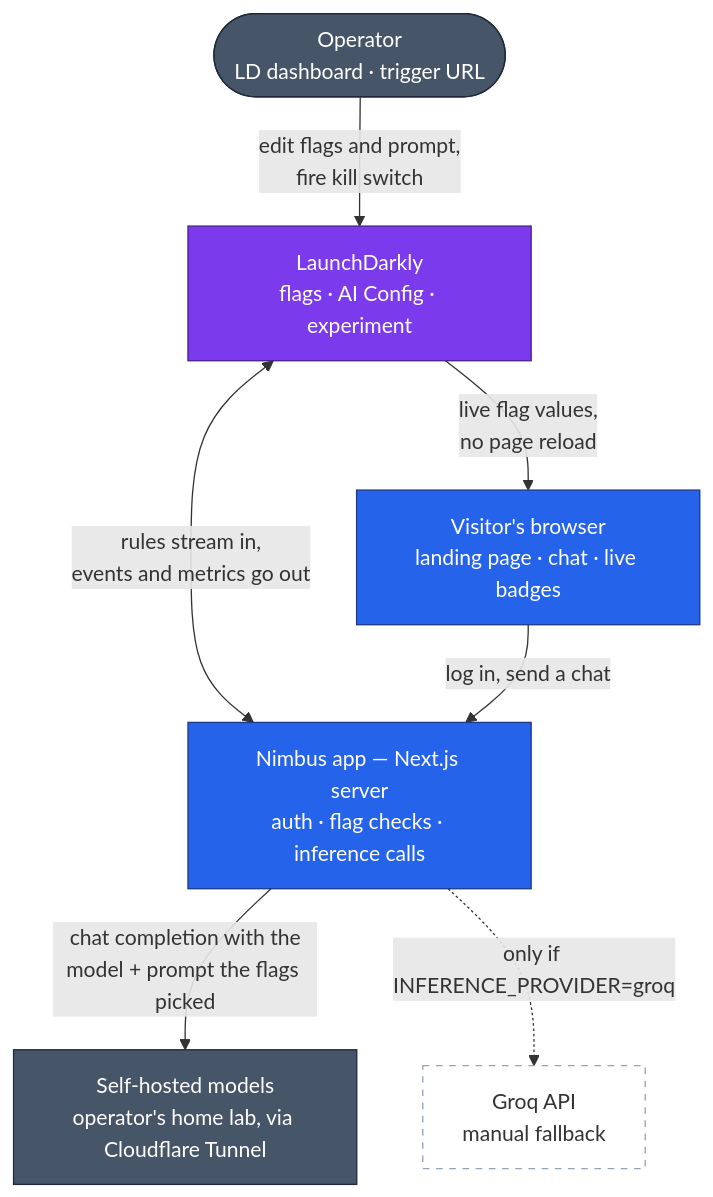
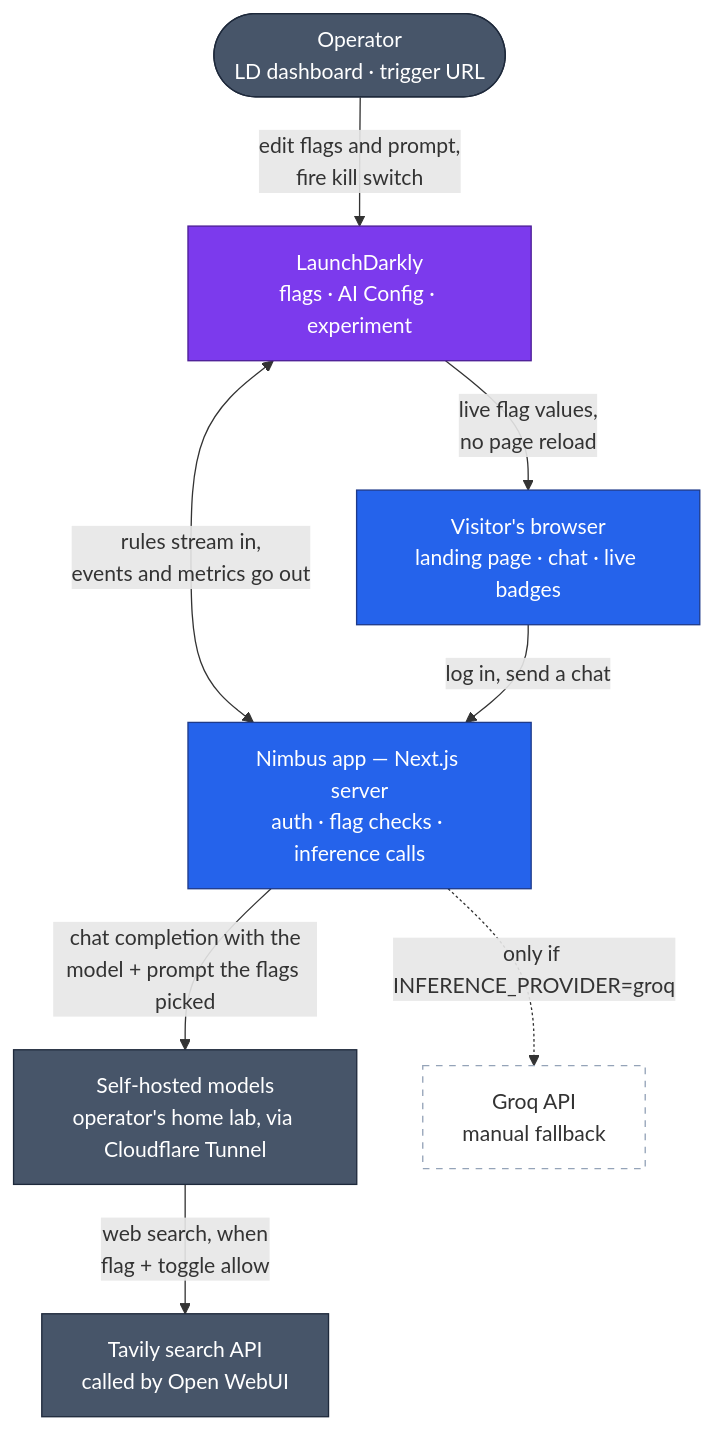
Before and after one commit to hiddenintel-rc/nimbus-ai-sample: the second of 5 diagrams in docs/ARCHITECTURE.md, drawn with Mermaid. The commit also changed other lines of this file and 6 other files, not shown here.

First line of the commit message:
Add flag-gated web search (Open WebUI + Tavily)

````diff
--- a/docs/ARCHITECTURE.md
+++ b/docs/ARCHITECTURE.md
@@ -69,24 +72,26 @@
 ```mermaid
 flowchart TB
     accTitle: Nimbus system overview
-    accDescr: The operator controls LaunchDarkly from its dashboard. LaunchDarkly streams live flag values to the visitor's browser and flag rules to the Nimbus app, which sends events and metrics back. The browser sends logins and chats to the Nimbus app, which calls a self-hosted model backend; Groq is an inactive fallback.
+    accDescr: The operator controls LaunchDarkly from its dashboard. LaunchDarkly streams live flag values to the visitor's browser and flag rules to the Nimbus app, which sends events and metrics back. The browser sends logins and chats to the Nimbus app, which calls a self-hosted model backend; that backend can run a Tavily web search when the flags allow it. Groq is an inactive fallback.
 
     Operator(["Operator<br/>LD dashboard · trigger URL"]):::ext
     LD["LaunchDarkly<br/>flags · AI Config · experiment"]:::ld
     Visitor["Visitor's browser<br/>landing page · chat · live badges"]:::nimbus
     App["Nimbus app — Next.js server<br/>auth · flag checks · inference calls"]:::nimbus
     Models["Self-hosted models<br/>operator's home lab, via Cloudflare Tunnel"]:::ext
+    Tavily["Tavily search API<br/>called by Open WebUI"]:::ext
     Groq["Groq API<br/>manual fallback"]:::off
 
     Operator -->|"edit flags and prompt,<br/>fire kill switch"| LD
     LD -->|"live flag values,<br/>no page reload"| Visitor
     LD <-->|"rules stream in,<br/>events and metrics go out"| App
     Visitor -->|"log in, send a chat"| App
     App -->|"chat completion with the<br/>model + prompt the flags picked"| Models
     App -.->|"only if INFERENCE_PROVIDER=groq"| Groq
+    Models -->|"web search, when<br/>flag + toggle allow"| Tavily
 
     classDef nimbus fill:#2563eb,stroke:#1e3a8a,color:#fff
     classDef ld fill:#7c3aed,stroke:#4c1d95,color:#fff
     classDef ext fill:#475569,stroke:#1e293b,color:#fff
     classDef off fill:none,stroke:#94a3b8,stroke-dasharray:5 5
 ```
````
